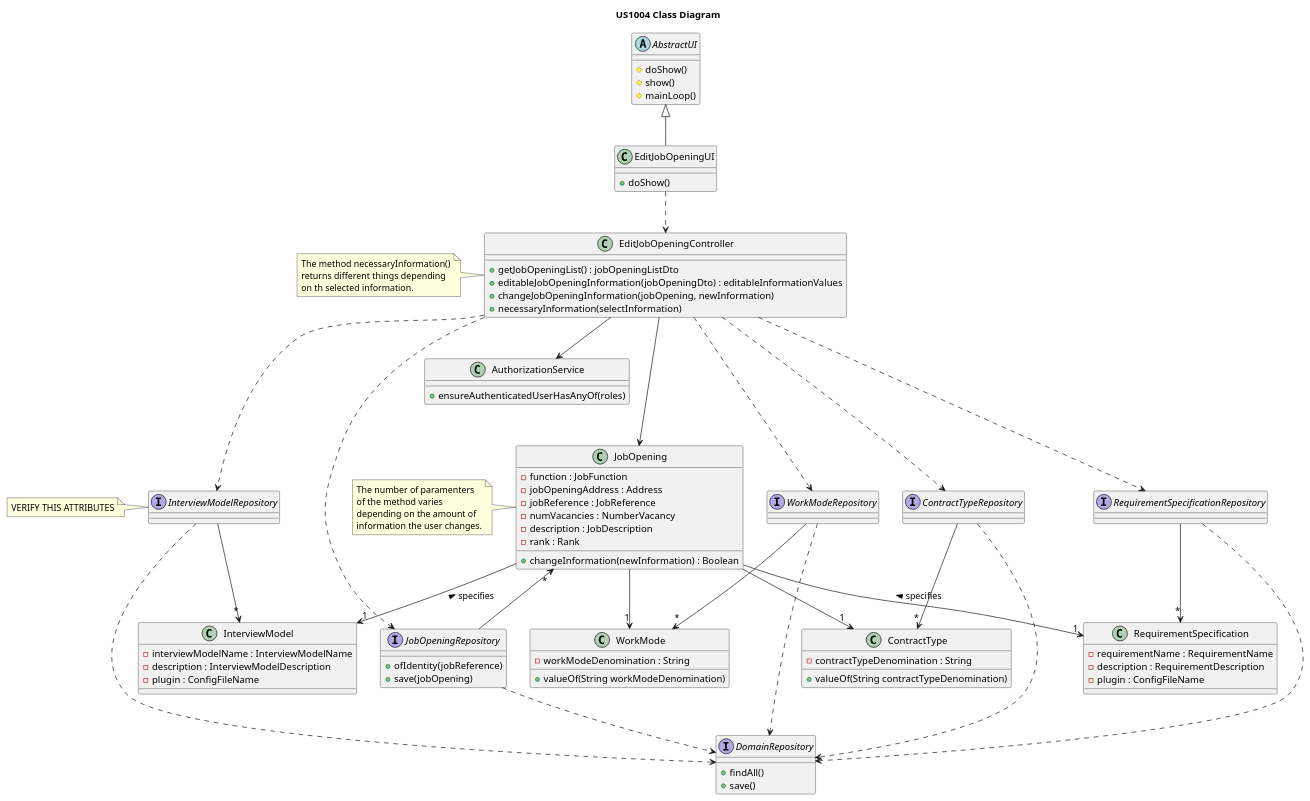
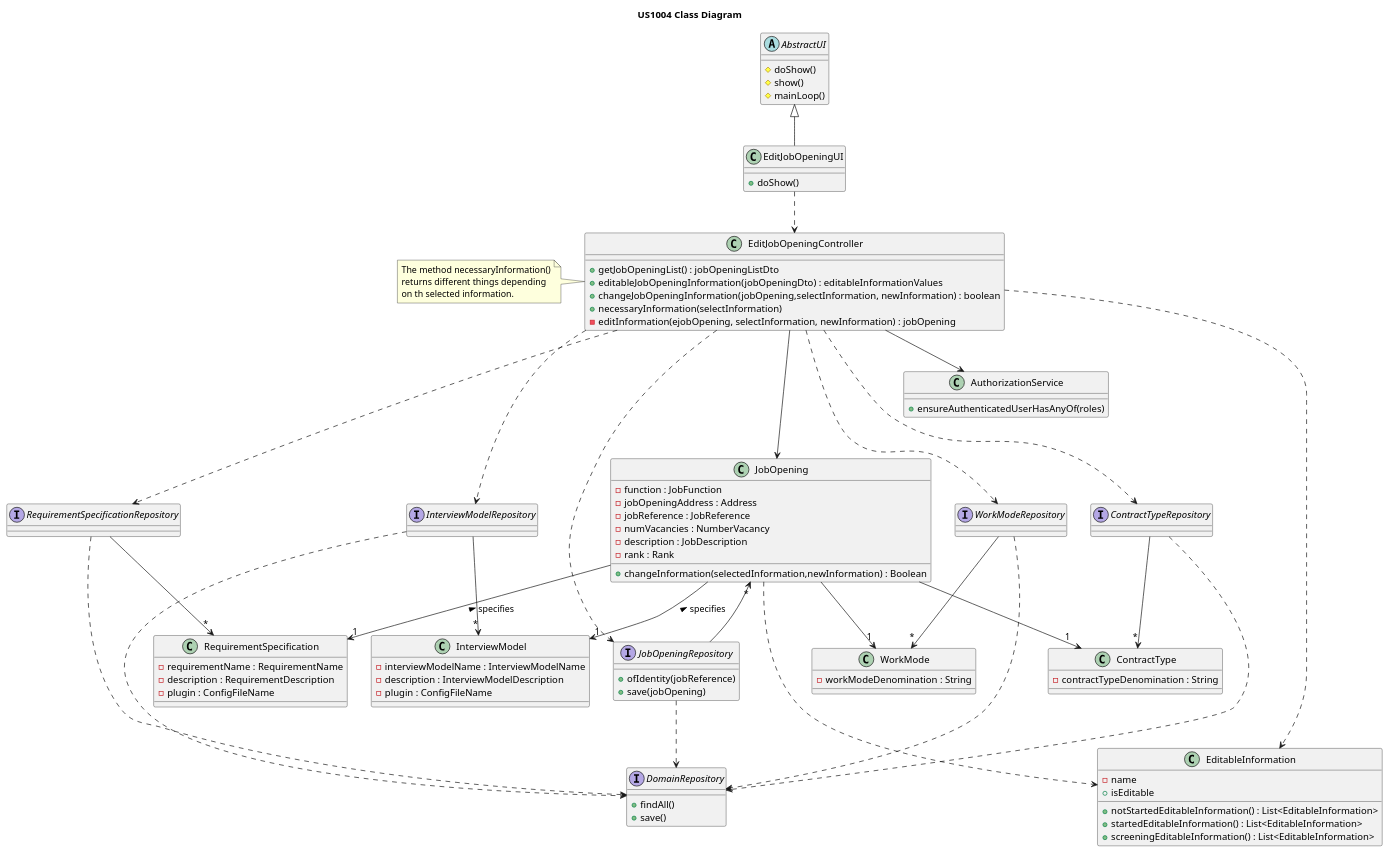
One commit to rita-barbosa/LAPR4-2324 changed the diagram in docs/sprint-c/us_1004/design-diagrams/class-diagram.puml. Above: the diagram before and after it, drawn with PlantUML. The commit also changed 3 other files, not shown here.

Commit message:
docs: update sequence and class diagram of us1004. [closes #276]

```diff
--- a/docs/sprint-c/us_1004/design-diagrams/class-diagram.puml
+++ b/docs/sprint-c/us_1004/design-diagrams/class-diagram.puml
@@ -1,156 +1,143 @@
 @startuml
 'https://plantuml.com/class-diagram
 
 title US1004 Class Diagram
 
 
 
 abstract class AbstractUI {
     # doShow()
     # show()
     # mainLoop()
 }
 
 
 class EditJobOpeningUI {
 + doShow()
 }
 
 class EditJobOpeningController  {
 + getJobOpeningList() : jobOpeningListDto
 + editableJobOpeningInformation(jobOpeningDto) : editableInformationValues
-+ changeJobOpeningInformation(jobOpening, newInformation)
++ changeJobOpeningInformation(jobOpening,selectInformation, newInformation) : boolean
 + necessaryInformation(selectInformation)
+- editInformation(ejobOpening, selectInformation, newInformation) : jobOpening
 }
 
 note left
 The method necessaryInformation()
 returns different things depending
 on th selected information.
 end note
 
 
 'Requirements
 class RequirementSpecification {
 - requirementName : RequirementName
 - description : RequirementDescription
 - plugin : ConfigFileName
 }
 
 'Interview
 class InterviewModel {
 - interviewModelName : InterviewModelName
 - description : InterviewModelDescription
 - plugin : ConfigFileName
 }
 
 class InterviewModelRepository {
 
 }
 
-
-
-
-note left
-VERIFY THIS ATTRIBUTES
-end note
-
 class AuthorizationService {
 + ensureAuthenticatedUserHasAnyOf(roles)
 }
-
-''Address
-'class Address <<(V,#FF8B40) value object>> {
-'-  streetName : String
-'-  city : String
-'-  district : String
-'-  state : String
-'-  zipcode :String
-'+ valueOf()
-'}
 
 'Job Opening
 class JobOpening  {
 - function : JobFunction
 - jobOpeningAddress : Address
 - jobReference : JobReference
 - numVacancies : NumberVacancy
 - description : JobDescription
 - rank : Rank
-+ changeInformation(newInformation) : Boolean
++ changeInformation(selectedInformation,newInformation) : Boolean
 }
-
-note left
-The number of paramenters
-of the method varies
-depending on the amount of
-information the user changes.
-end note
-
 
 class WorkMode {
 -  workModeDenomination : String
-+ valueOf(String workModeDenomination)
 }
 
 class ContractType  {
 - contractTypeDenomination : String
-+ valueOf(String contractTypeDenomination)
 }
 
 interface JobOpeningRepository {
 + ofIdentity(jobReference)
 + save(jobOpening)
 }
 
 interface WorkModeRepository {
 }
 
 interface ContractTypeRepository {
 }
 
 interface InterviewModelRepository {
 }
 
 interface RequirementSpecificationRepository {
 }
 
 interface DomainRepository {
 + findAll()
 + save()
 }
+
+class EditableInformation{
+ - name
+ + isEditable
+ + notStartedEditableInformation() : List<EditableInformation>
+ + startedEditableInformation() : List<EditableInformation>
+ + screeningEditableInformation() : List<EditableInformation>
+}
+
 
 AbstractUI <|-- EditJobOpeningUI
 EditJobOpeningUI .-> EditJobOpeningController
 EditJobOpeningController --> AuthorizationService
 EditJobOpeningController .--> JobOpeningRepository
 EditJobOpeningController .--> WorkModeRepository
 EditJobOpeningController .--> ContractTypeRepository
 EditJobOpeningController .--> RequirementSpecificationRepository
 EditJobOpeningController .--> InterviewModelRepository
 
 EditJobOpeningController --> JobOpening
 JobOpening "*" <-- JobOpeningRepository
 
 JobOpening --> "1" WorkMode
 JobOpening --> "1" ContractType
 
 
 
 
 RequirementSpecification "1" <-up- JobOpening : specifies >
 InterviewModel "1" <-up- JobOpening : specifies >
 
 WorkModeRepository -->  "*" WorkMode
 RequirementSpecificationRepository -->  "*" RequirementSpecification
 InterviewModelRepository -->  "*" InterviewModel
 ContractTypeRepository -->  "*" ContractType
 
 
 JobOpeningRepository .-> DomainRepository
 ContractTypeRepository .-> DomainRepository
 InterviewModelRepository .-> DomainRepository
 RequirementSpecificationRepository .-> DomainRepository
 WorkModeRepository .--> DomainRepository
+EditJobOpeningController .-> EditableInformation
+JobOpening .--> EditableInformation
+
+
 
 @enduml
```
